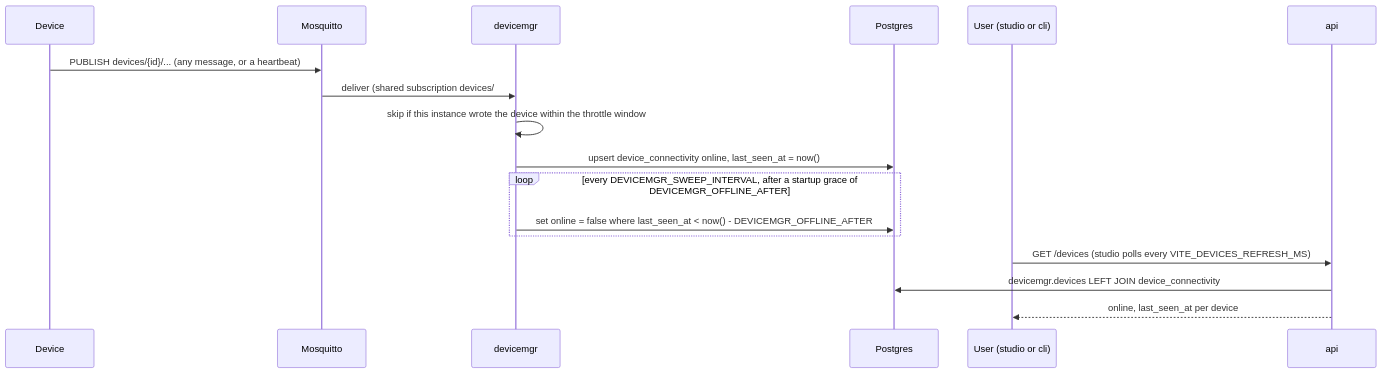
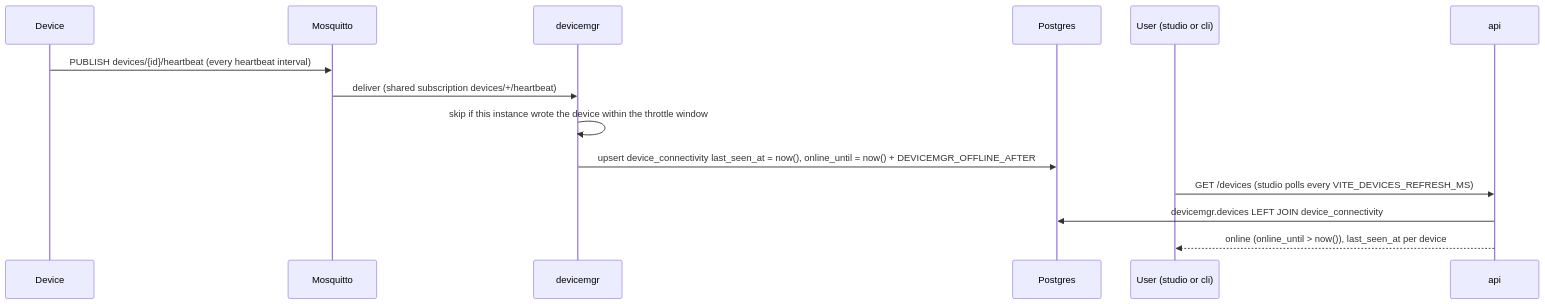
The second of 2 diagrams in docs/devices.md (jaredhughes1012/dalnamics), drawn with Mermaid before and after one commit. The commit also changed other lines of this file and 36 other files, not shown here.

````diff
--- a/docs/devices.md
+++ b/docs/devices.md
@@ -112,19 +112,16 @@
 ```mermaid
 sequenceDiagram
     participant D as Device
     participant B as Mosquitto
     participant DM as devicemgr
     participant DB as Postgres
     participant U as User (studio or cli)
     participant API as api
-    D->>B: PUBLISH devices/{id}/... (any message, or a heartbeat)
-    B->>DM: deliver (shared subscription devices/#)
+    D->>B: PUBLISH devices/{id}/heartbeat (every heartbeat interval)
+    B->>DM: deliver (shared subscription devices/+/heartbeat)
     DM->>DM: skip if this instance wrote the device within the throttle window
-    DM->>DB: upsert device_connectivity online, last_seen_at = now()
-    loop every DEVICEMGR_SWEEP_INTERVAL, after a startup grace of DEVICEMGR_OFFLINE_AFTER
-        DM->>DB: set online = false where last_seen_at < now() - DEVICEMGR_OFFLINE_AFTER
-    end
+    DM->>DB: upsert device_connectivity last_seen_at = now(), online_until = now() + DEVICEMGR_OFFLINE_AFTER
     U->>API: GET /devices (studio polls every VITE_DEVICES_REFRESH_MS)
     API->>DB: devicemgr.devices LEFT JOIN device_connectivity
-    API-->>U: online, last_seen_at per device
+    API-->>U: online (online_until > now()), last_seen_at per device
 ```
````
